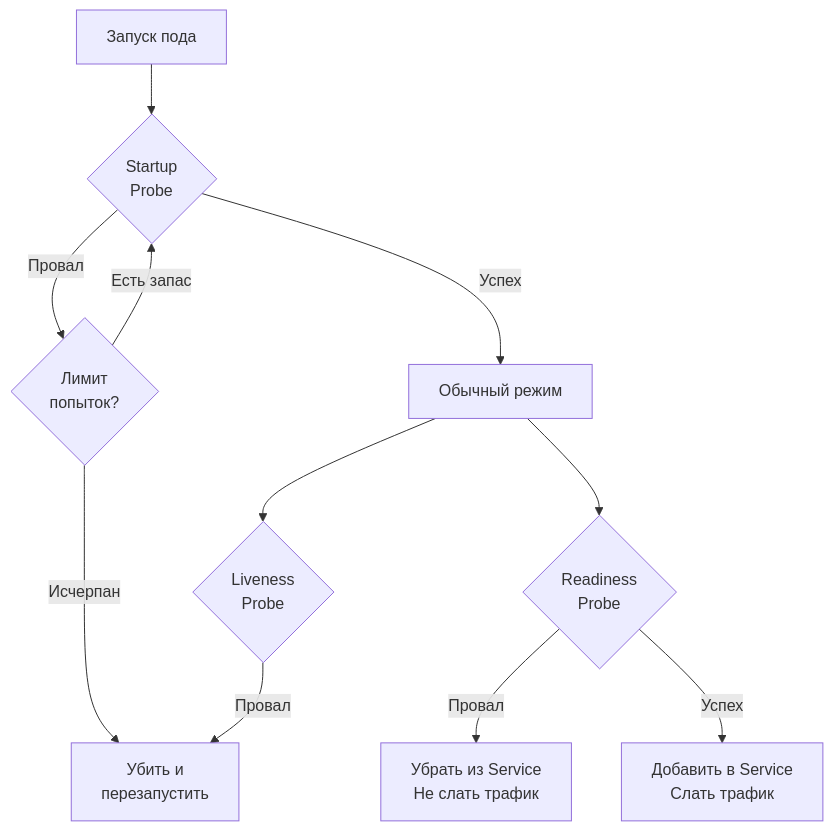
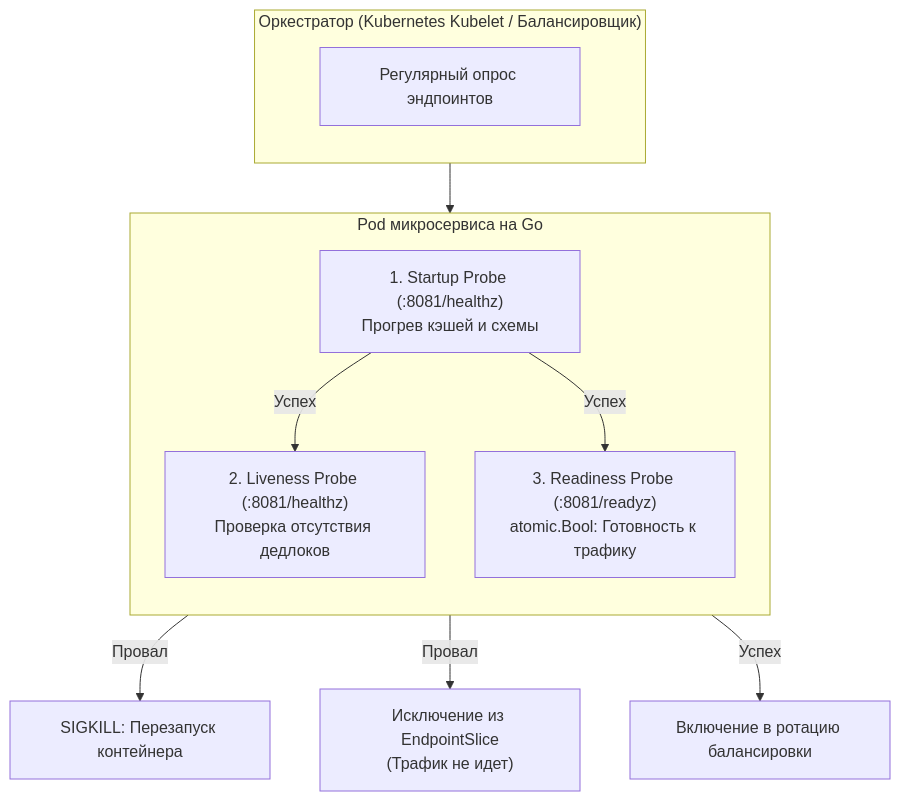
One commit to UnrealTemplier/go-textbook changed the first of 2 diagrams in sources/14. Распределенные системы на Go/05. Надежность/6. Health checks.md. Above: the diagram before and after it, drawn with Mermaid. The commit also changed other lines of this file, not shown here.

````diff
--- a/sources/14. Распределенные системы на Go/05. Надежность/6. Health checks.md
+++ b/sources/14. Распределенные системы на Go/05. Надежность/6. Health checks.md
@@ -33,17 +13,22 @@
 ```mermaid
 flowchart TD
-    Start["Запуск пода"] --> SP{"Startup<br>Probe"}
+    subgraph Orchestrator["Оркестратор (Kubernetes Kubelet / Балансировщик)"]
+        direction TB
+        Probe["Регулярный опрос эндпоинтов"]
+    end
+
+    subgraph ServicePod["Pod микросервиса на Go"]
+        direction TB
+        Startup["1. Startup Probe (:8081/healthz)<br/>Прогрев кэшей и схемы"]
+        Liveness["2. Liveness Probe (:8081/healthz)<br/>Проверка отсутствия дедлоков"]
+        Readiness["3. Readiness Probe (:8081/readyz)<br/>atomic.Bool: Готовность к трафику"]
+    end
+
+    Probe --> Startup
+    Startup -->|Успех| Liveness
+    Startup -->|Успех| Readiness
     
-    SP -->|Провал| CheckLimit{"Лимит<br>попыток?"}
-    CheckLimit -->|Исчерпан| Kill["Убить и<br>перезапустить"]
-    CheckLimit -->|Есть запас| SP
-    
-    SP -->|Успех| Active["Обычный режим"]
-    
-    Active --> LP{"Liveness<br>Probe"}
-    LP -->|Провал| Kill
-    
-    Active --> RP{"Readiness<br>Probe"}
-    RP -->|Провал| Unlink["Убрать из Service<br>Не слать трафик"]
-    RP -->|Успех| Link["Добавить в Service<br>Слать трафик"]
+    Liveness -->|Провал| Kill["SIGKILL: Перезапуск контейнера"]
+    Readiness -->|Провал| Remove["Исключение из EndpointSlice<br/>(Трафик не идет)"]
+    Readiness -->|Успех| Serve["Включение в ротацию балансировки"]
 ```
````
